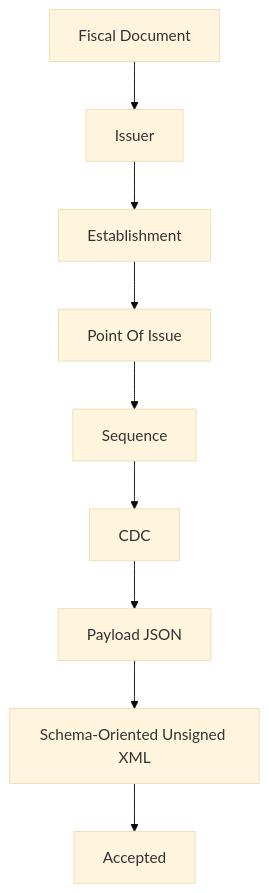
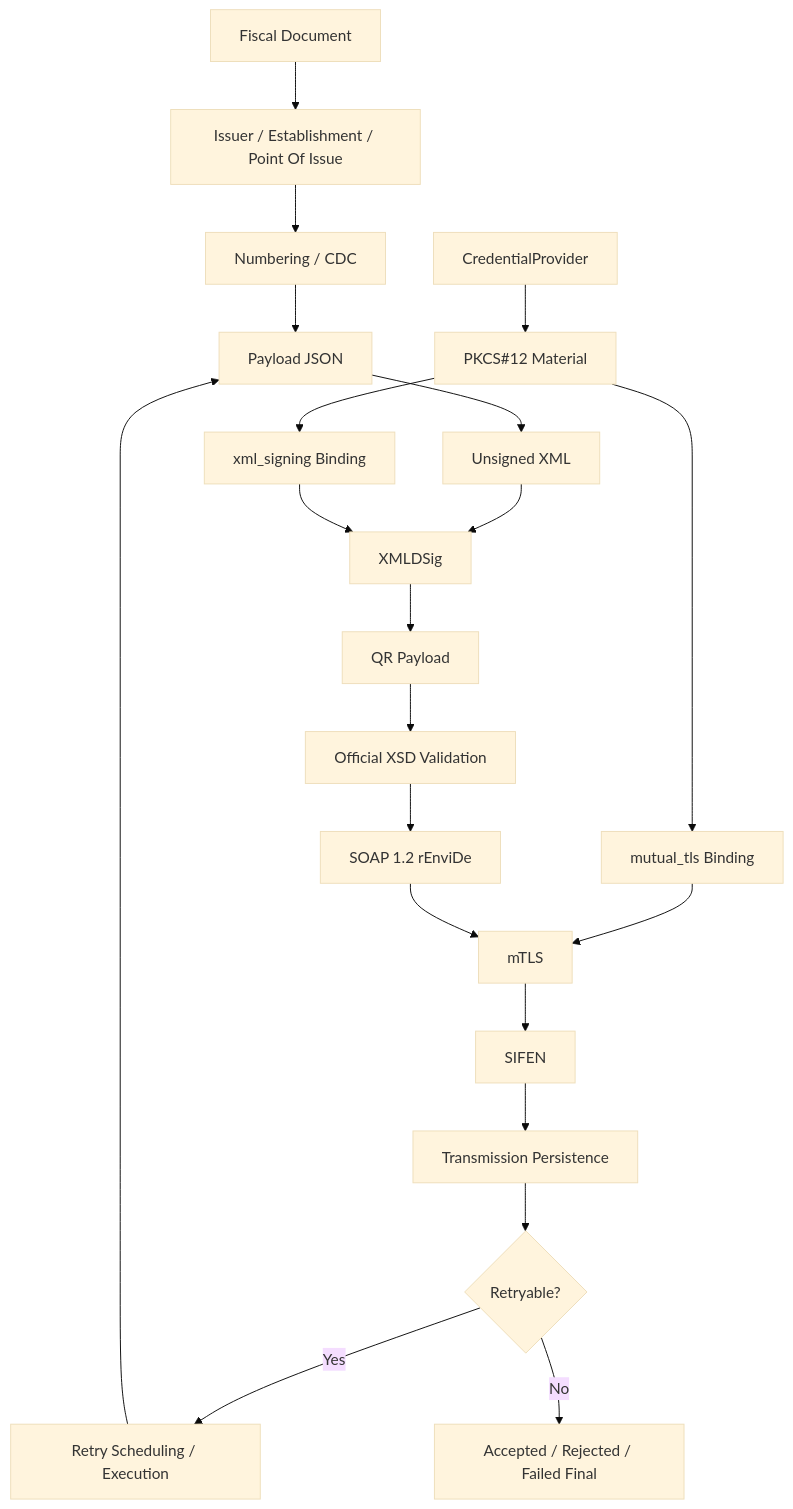
The diagram in docs/diagrams/paraguay-processing.mmd (betopindu/odoo-restaurant-suite), drawn with Mermaid (base theme) before and after one commit. The commit also changed 7 other files, not shown here.

Commit message:
Document qualified SIFEN certificate lifecycle

```diff
--- a/docs/diagrams/paraguay-processing.mmd
+++ b/docs/diagrams/paraguay-processing.mmd
@@ -1,19 +1,24 @@
 flowchart TD
 
-A[Fiscal Document]
+A[Fiscal Document] --> B[Issuer / Establishment / Point Of Issue]
+B --> C[Numbering / CDC]
+C --> D[Payload JSON]
+D --> E[Unsigned XML]
+E --> F[XMLDSig]
+F --> G[QR Payload]
+G --> H[Official XSD Validation]
+H --> I[SOAP 1.2 rEnviDe]
 
-A --> B[Issuer]
+J[CredentialProvider] --> K[PKCS#12 Material]
+K --> L[xml_signing Binding]
+K --> M[mutual_tls Binding]
+L --> F
+M --> N[mTLS]
 
-B --> C[Establishment]
-
-C --> D[Point Of Issue]
-
-D --> E[Sequence]
-
-E --> F[CDC]
-
-F --> G[Payload JSON]
-
-G --> H[Schema-Oriented Unsigned XML]
-
-H --> I[Accepted]
+I --> N
+N --> O[SIFEN]
+O --> P[Transmission Persistence]
+P --> Q{Retryable?}
+Q -->|Yes| R[Retry Scheduling / Execution]
+R --> D
+Q -->|No| S[Accepted / Rejected / Failed Final]
```
